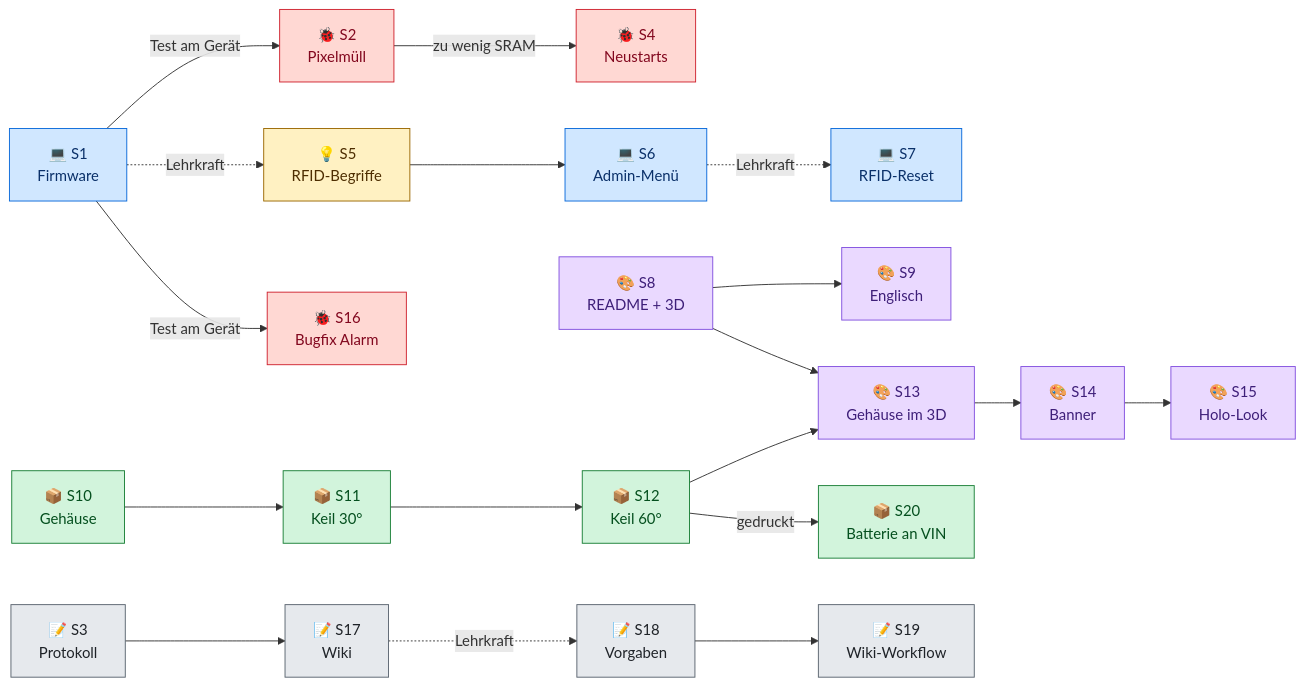
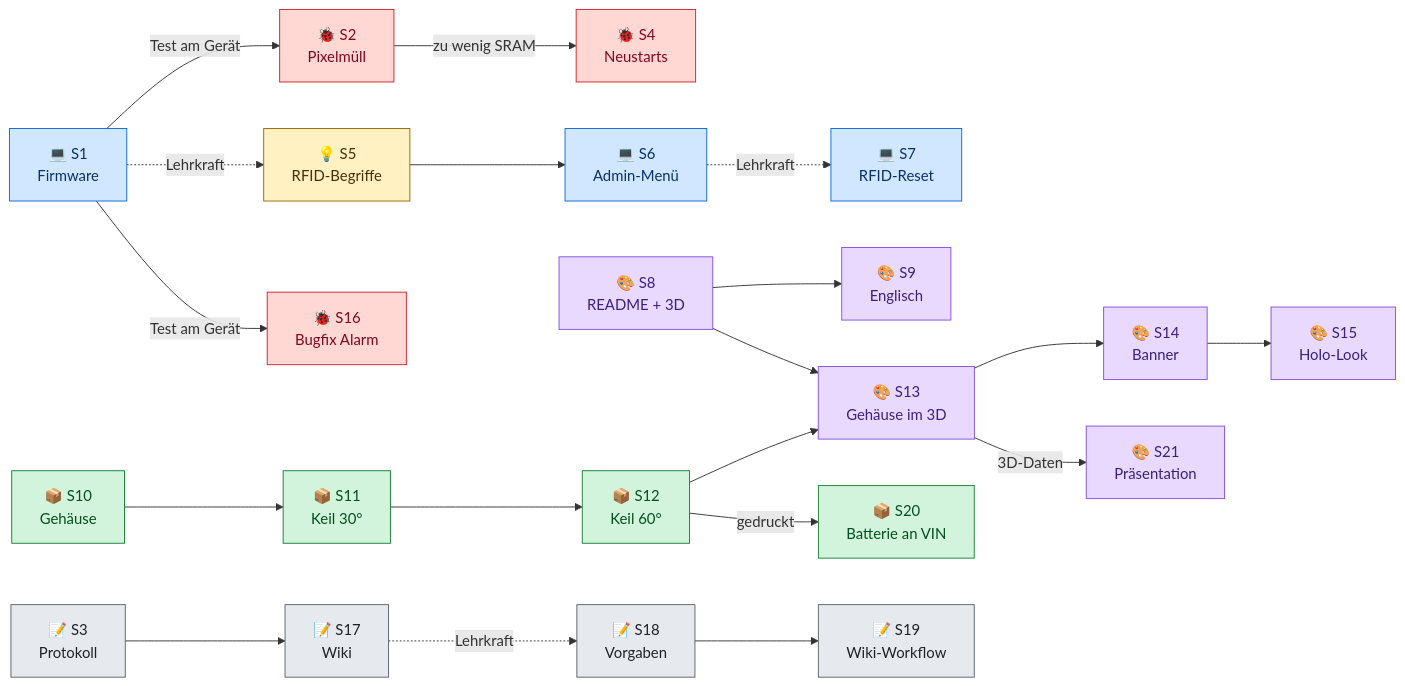
One commit to BBZ-AIFS51/LF7-Projekt_GAS changed the second of 3 diagrams in wiki/Entwicklungsverlauf.md. Above: the diagram before and after it, drawn with Mermaid. The commit also changed other lines of this file and 6 other files, not shown here.

First line of the commit message:
Add a motion-graphics presentation prototype for the class talk

````diff
--- a/wiki/Entwicklungsverlauf.md
+++ b/wiki/Entwicklungsverlauf.md
@@ -60,49 +62,51 @@
 ```mermaid
 flowchart LR
     P1["💻 S1<br/>Firmware"]
     P2["🐞 S2<br/>Pixelmüll"]
     P3["📝 S3<br/>Protokoll"]
     P4["🐞 S4<br/>Neustarts"]
     P5["💡 S5<br/>RFID-Begriffe"]
     P6["💻 S6<br/>Admin-Menü"]
     P7["💻 S7<br/>RFID-Reset"]
     P8["🎨 S8<br/>README + 3D"]
     P9["🎨 S9<br/>Englisch"]
     P10["📦 S10<br/>Gehäuse"]
     P11["📦 S11<br/>Keil 30°"]
     P12["📦 S12<br/>Keil 60°"]
     P13["🎨 S13<br/>Gehäuse im 3D"]
     P14["🎨 S14<br/>Banner"]
     P15["🎨 S15<br/>Holo-Look"]
     P16["🐞 S16<br/>Bugfix Alarm"]
     P17["📝 S17<br/>Wiki"]
     P18["📝 S18<br/>Vorgaben"]
     P19["📝 S19<br/>Wiki-Workflow"]
     P20["📦 S20<br/>Batterie an VIN"]
+    P21["🎨 S21<br/>Präsentation"]
 
     P1 -- "Test am Gerät" --> P2 -- "zu wenig SRAM" --> P4
     P1 -. "Lehrkraft" .-> P5 --> P6
     P6 -. "Lehrkraft" .-> P7
     P1 -- "Test am Gerät" --> P16
     P8 --> P9
     P8 --> P13
     P10 --> P11 --> P12 --> P13
     P12 -- "gedruckt" --> P20
     P13 --> P14 --> P15
+    P13 -- "3D-Daten" --> P21
     P3 --> P17
     P17 -. "Lehrkraft" .-> P18
     P18 --> P19
 
     classDef fw fill:#d0e7ff,stroke:#0969da,color:#0a3069
     classDef bug fill:#ffd8d3,stroke:#cf222e,color:#82071e
     classDef info fill:#fff1c2,stroke:#9a6700,color:#4d2d00
     classDef vis fill:#ead9ff,stroke:#8250df,color:#3e1f79
     classDef box fill:#d2f4dc,stroke:#1a7f37,color:#044f1e
     classDef doc fill:#e6e9ed,stroke:#59636e,color:#1f2328
     class P1,P6,P7 fw
     class P2,P4,P16 bug
     class P5 info
-    class P8,P9,P13,P14,P15 vis
+    class P8,P9,P13,P14,P15,P21 vis
     class P10,P11,P12,P20 box
     class P3,P17,P18,P19 doc
 ```
````
